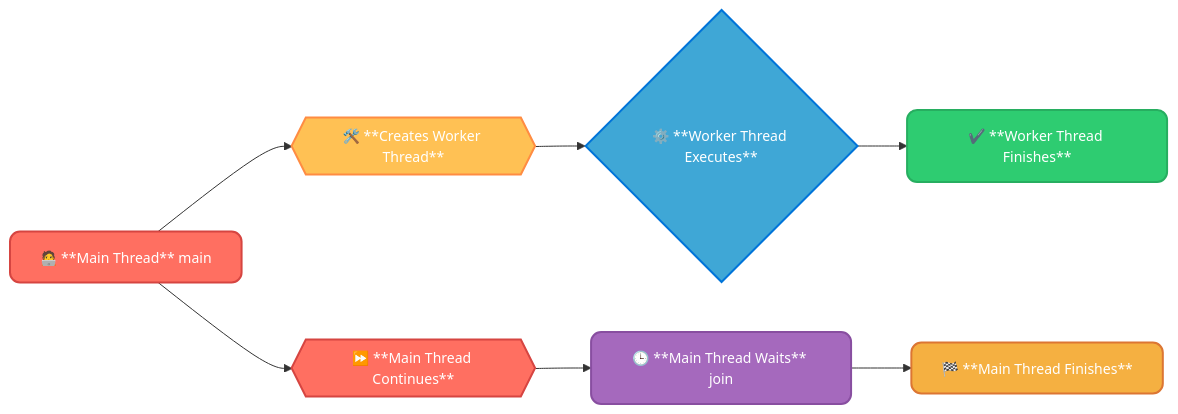
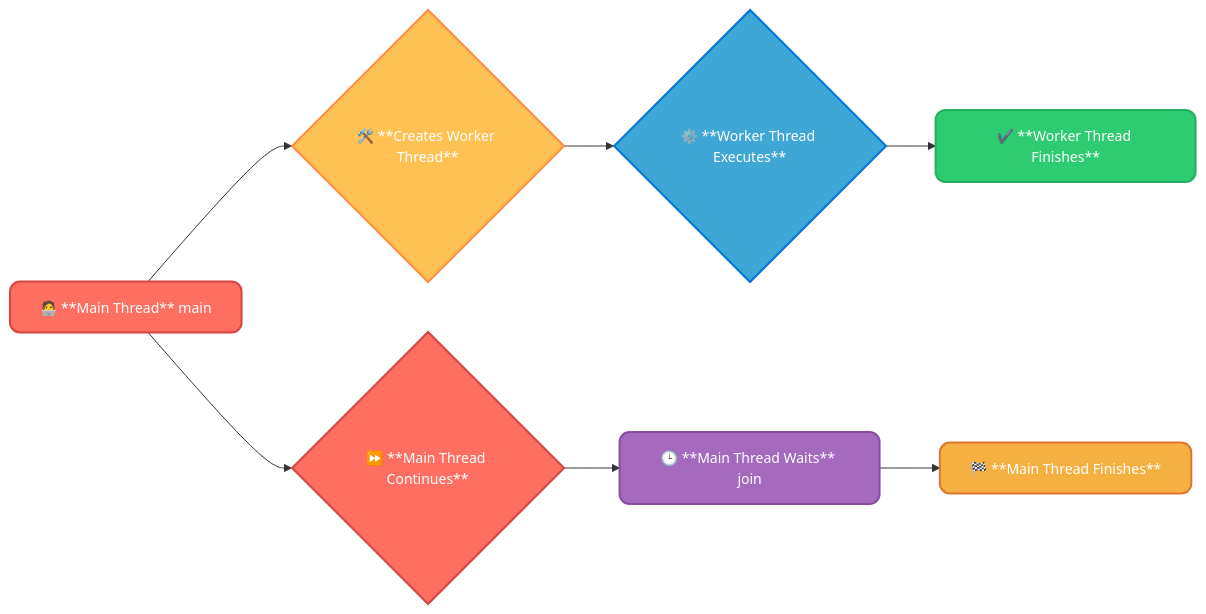
The third of 8 diagrams in _posts/2025-01-12-17.-multithreading-in-java.md (infoyouth/infoyouth.github.io), drawn with Mermaid before and after one commit. The commit also changed 3 other files, not shown here.

````diff
--- a/_posts/2025-01-12-17.-multithreading-in-java.md
+++ b/_posts/2025-01-12-17.-multithreading-in-java.md
@@ -266,26 +266,26 @@
 ```mermaid
 graph LR
-    A[🧑‍💻 **Main Thread** main] --> B{{🛠️ **Creates Worker Thread**}}
+    A[🧑‍💻 **Main Thread** main] --> B{🛠️ **Creates Worker Thread**}
     B --> C{⚙️ **Worker Thread Executes**}
     C --> D[✔️ **Worker Thread Finishes**]
-    A --> E{{⏩ **Main Thread Continues**}}
+    A --> E{⏩ **Main Thread Continues**}
     E --> F[🕒 **Main Thread Waits** join]
     F --> G[🏁 **Main Thread Finishes**]
 
     %% Class Definitions
     classDef mainThreadStyle fill:#FF6F61,stroke:#D64541,color:#FFFFFF,font-size:14px,stroke-width:2px,rx:10px,shadow:3px;
     classDef threadCreationStyle fill:#FFC154,stroke:#FF8C42,color:#FFFFFF,font-size:14px,stroke-width:2px,rx:10px,shadow:3px;
     classDef threadStartStyle fill:#3FA7D6,stroke:#0074D9,color:#FFFFFF,font-size:14px,stroke-width:2px,rx:10px,shadow:3px;
     classDef threadRunStyle fill:#2ECC71,stroke:#27AE60,color:#FFFFFF,font-size:14px,stroke-width:2px,rx:10px,shadow:3px;
     classDef threadWaitStyle fill:#A569BD,stroke:#884EA0,color:#FFFFFF,font-size:14px,stroke-width:2px,rx:10px,shadow:3px;
     classDef threadFinishStyle fill:#F5B041,stroke:#DC7633,color:#FFFFFF,font-size:14px,stroke-width:2px,rx:10px,shadow:3px;
 
     %% Apply Classes
     class A,E mainThreadStyle;
     class B threadCreationStyle;
     class C threadStartStyle;
     class D threadRunStyle;
     class F threadWaitStyle;
     class G threadFinishStyle;
 
 ```
````
